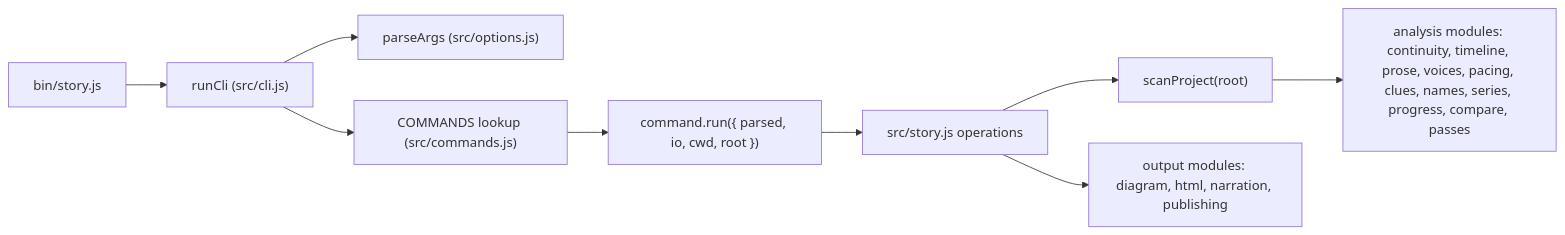
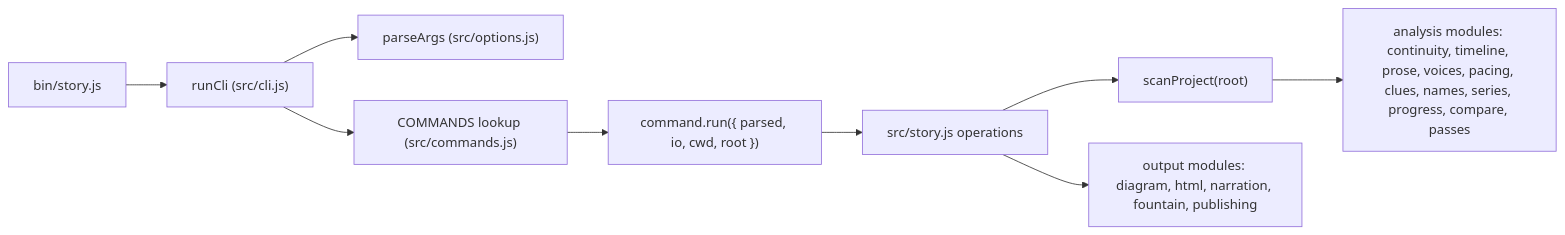
The diagram in docs/development.md (cateyephotos/story-skills), drawn with Mermaid before and after one commit. The commit also changed other lines of this file and 18 other files, not shown here.

````diff
--- a/docs/development.md
+++ b/docs/development.md
@@ -98,11 +98,11 @@
 ```mermaid
 flowchart LR
   A["bin/story.js"] --> B["runCli (src/cli.js)"]
   B --> C["parseArgs (src/options.js)"]
   B --> D["COMMANDS lookup (src/commands.js)"]
   D --> E["command.run({ parsed, io, cwd, root })"]
   E --> F["src/story.js operations"]
   F --> G["scanProject(root)"]
   G --> H["analysis modules: continuity, timeline, prose, voices, pacing, clues, names, series, progress, compare, passes"]
-  F --> I["output modules: diagram, html, narration, publishing"]
+  F --> I["output modules: diagram, html, narration, fountain, publishing"]
 ```
````
